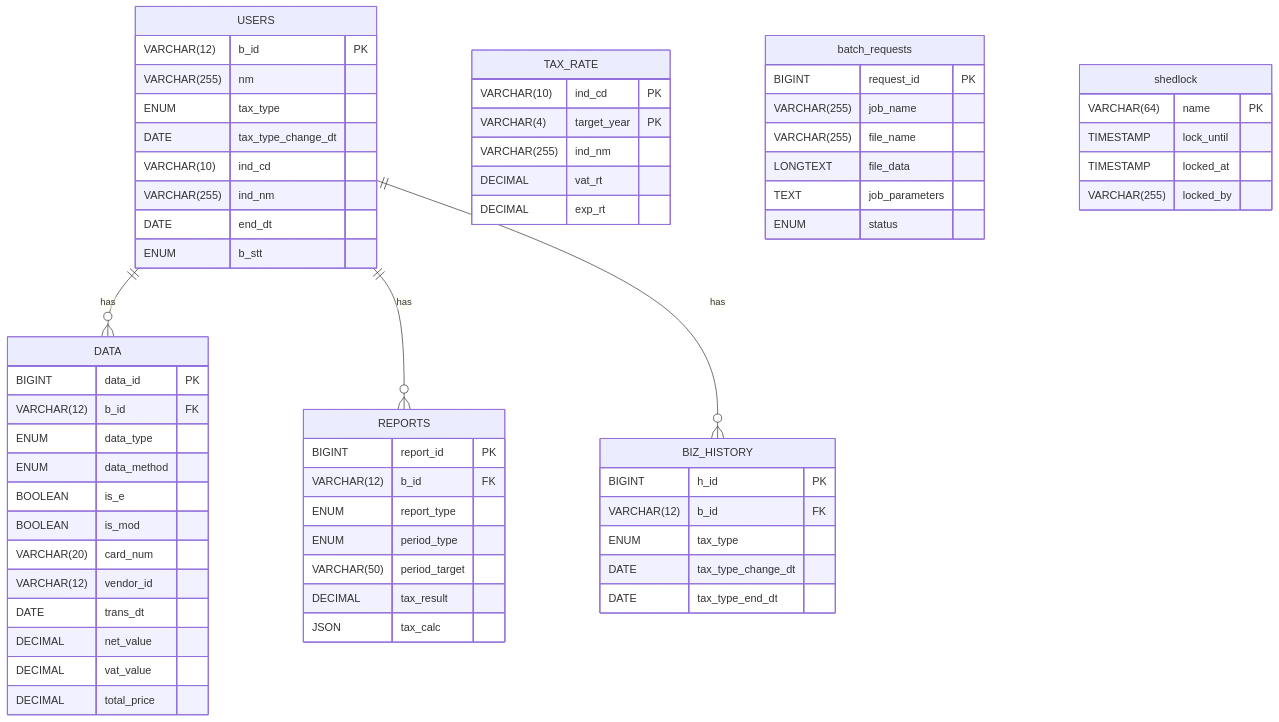
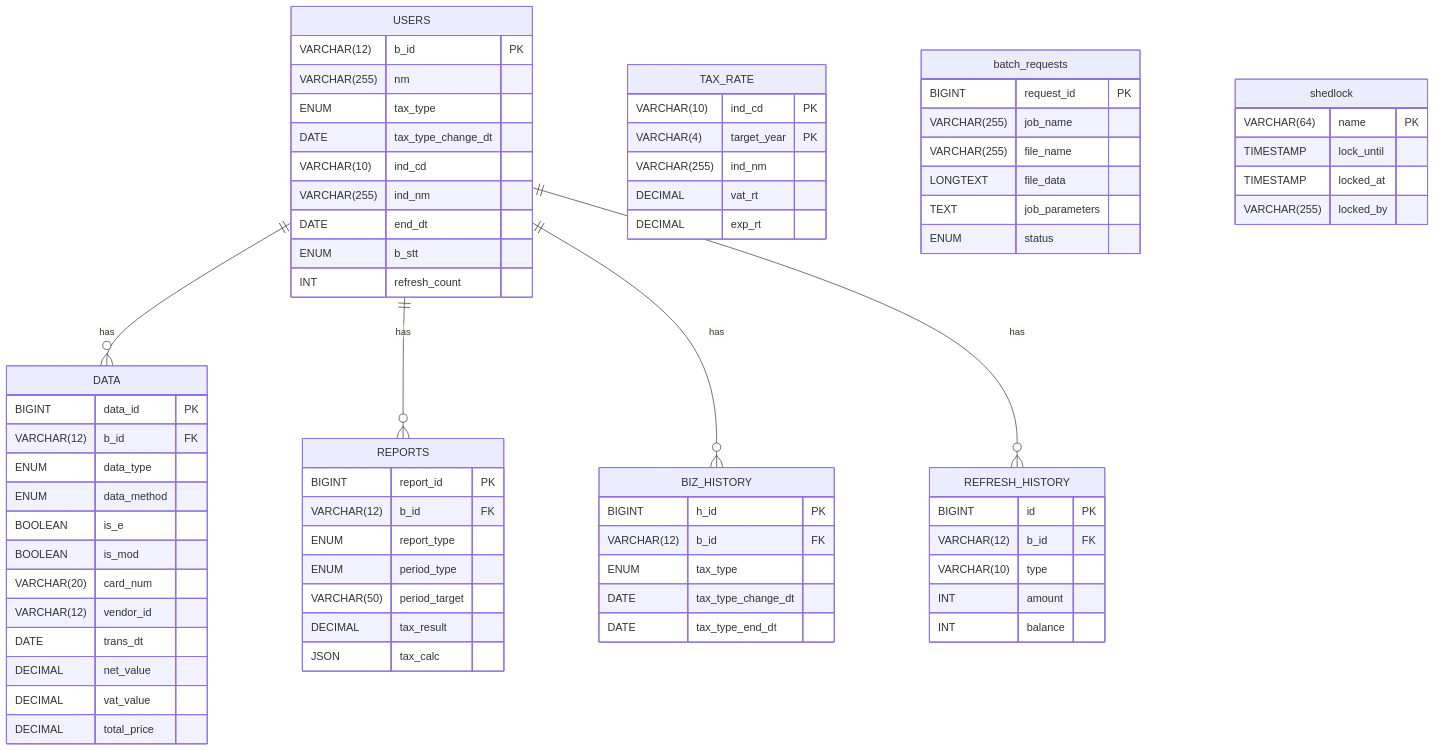
One commit to solkim7612/BizReport changed the second of 2 diagrams in README.md. Above: the diagram before and after it, drawn with Mermaid.

Commit message:
update readme 26.09.15.05

```diff
--- a/README.md
+++ b/README.md
@@ -103,9 +103,10 @@
     USERS ||--o{ DATA : "has"
     USERS ||--o{ REPORTS : "has"
     USERS ||--o{ BIZ_HISTORY : "has"
+    USERS ||--o{ REFRESH_HISTORY : "has"
     
     USERS {
-        VARCHAR(12) b_id PK
+        VARCHAR(12) b_id PK 
         VARCHAR(255) nm
         ENUM tax_type
         DATE tax_type_change_dt
@@ -113,6 +114,7 @@
         VARCHAR(255) ind_nm
         DATE end_dt
         ENUM b_stt
+        INT refresh_count
     }
 
     TAX_RATE {
@@ -155,6 +157,14 @@
         DATE tax_type_change_dt
         DATE tax_type_end_dt
     }
+    
+    REFRESH_HISTORY {
+        BIGINT id PK
+        VARCHAR(12) b_id FK
+        VARCHAR(10) type
+        INT amount
+        INT balance
+    }    
 
     batch_requests {
         BIGINT request_id PK
```
